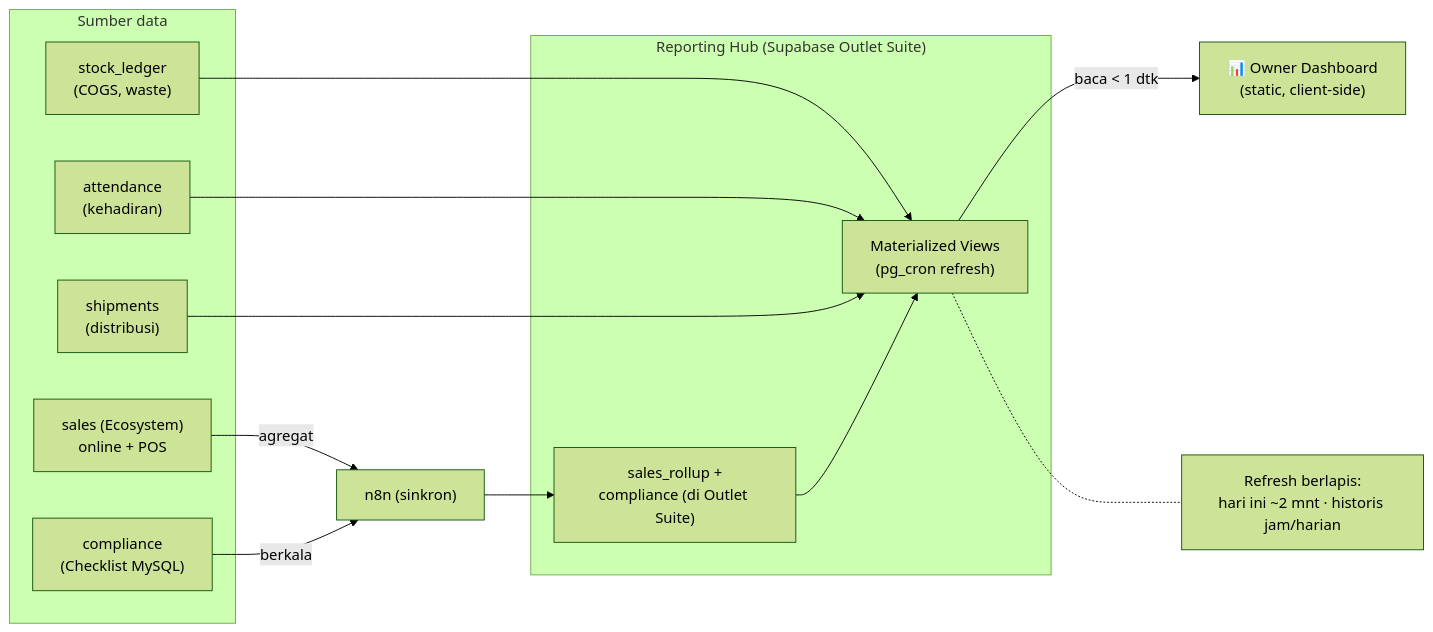
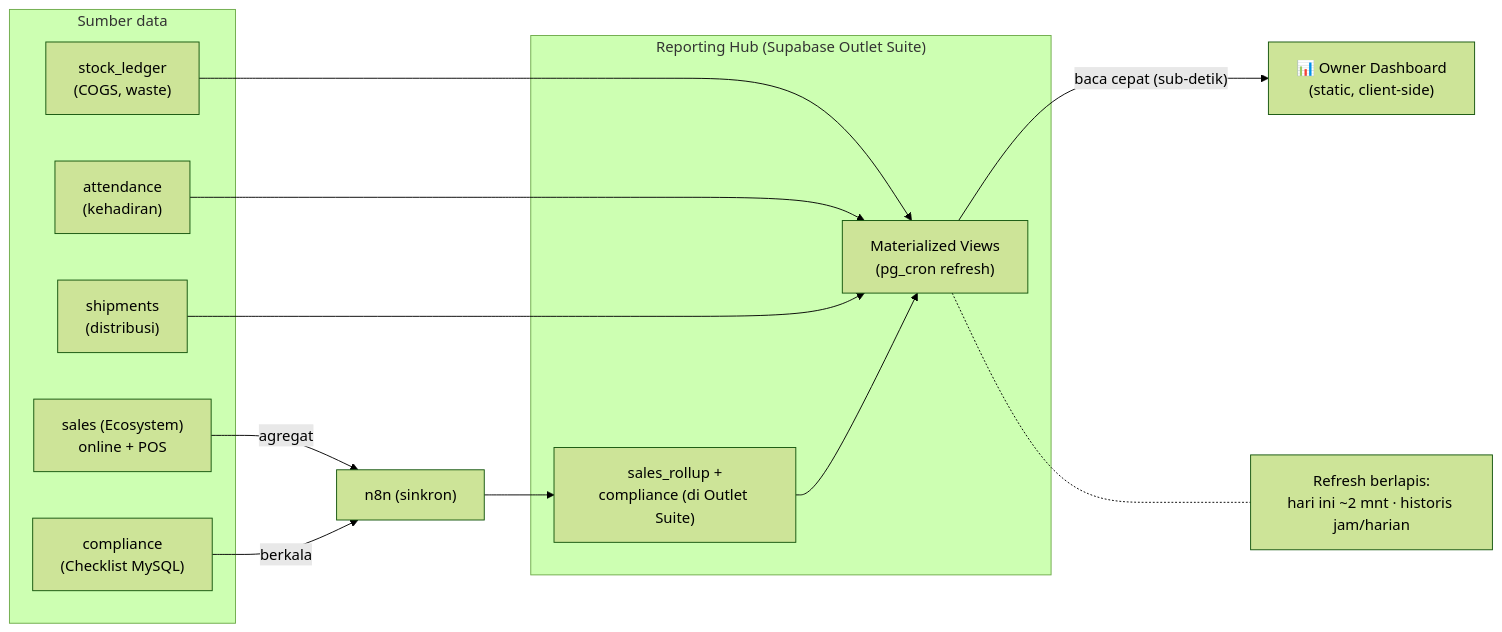
One commit to dev-sukashawarma/DIGITALISASI-SS-PROJECT changed the sixth of 7 diagrams in docs/FLOWS.md. Above: the diagram before and after it, drawn with Mermaid (forest theme). The commit also changed other lines of this file, not shown here.

Commit message:
fix: ganti tanda < di label Mermaid agar render aman di GitHub

````diff
--- a/docs/FLOWS.md
+++ b/docs/FLOWS.md
@@ -124,28 +124,28 @@
 ```mermaid
 flowchart LR
     subgraph SRC["Sumber data"]
         led["stock_ledger<br/>(COGS, waste)"]
         att["attendance<br/>(kehadiran)"]
         shp["shipments<br/>(distribusi)"]
         sales["sales (Ecosystem)<br/>online + POS"]
         comp["compliance<br/>(Checklist MySQL)"]
     end
 
     n8n["n8n (sinkron)"]
     sales -->|"agregat"| n8n
     comp -->|"berkala"| n8n
     n8n --> roll["sales_rollup +<br/>compliance (di Outlet Suite)"]
 
     subgraph HUB["Reporting Hub (Supabase Outlet Suite)"]
         roll
         led --> mv["Materialized Views<br/>(pg_cron refresh)"]
         att --> mv
         shp --> mv
         roll --> mv
     end
 
-    mv -->|"baca < 1 dtk"| dash["📊 Owner Dashboard<br/>(static, client-side)"]
+    mv -->|"baca cepat (sub-detik)"| dash["📊 Owner Dashboard<br/>(static, client-side)"]
 
     note["Refresh berlapis:<br/>hari ini ~2 mnt · historis jam/harian"]
     mv -.- note
 ```
````
